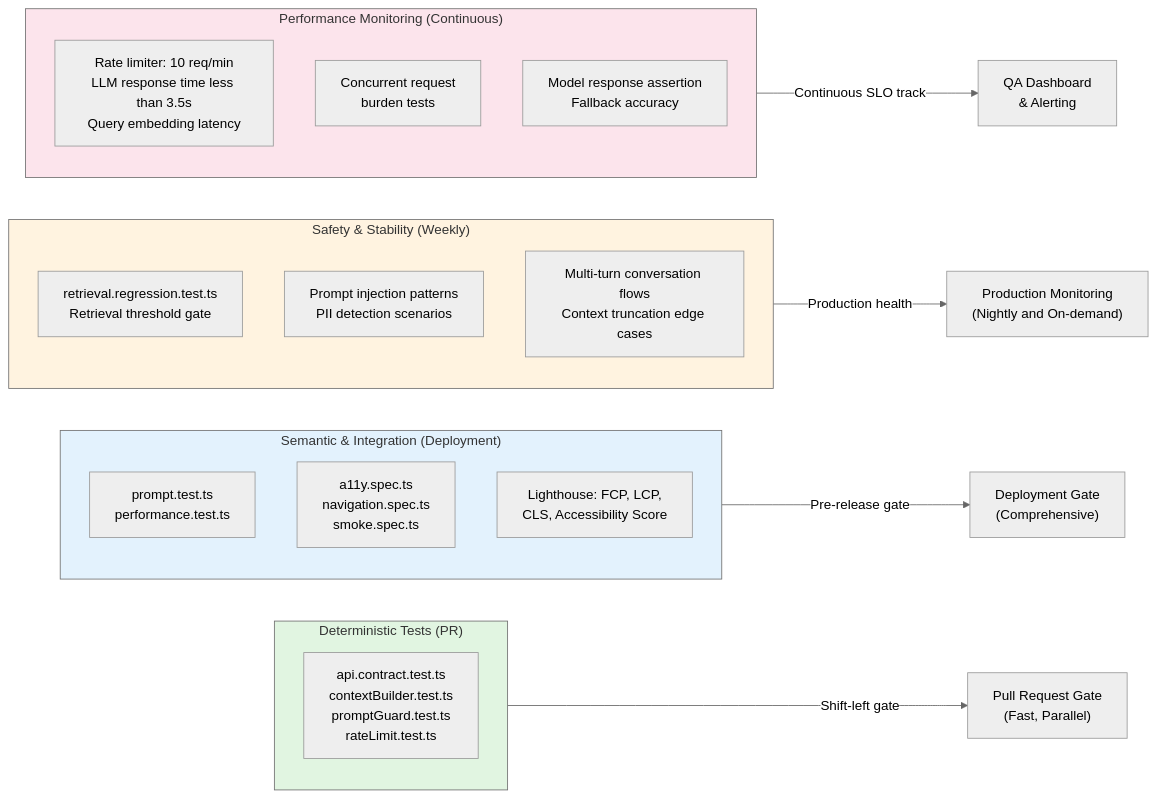
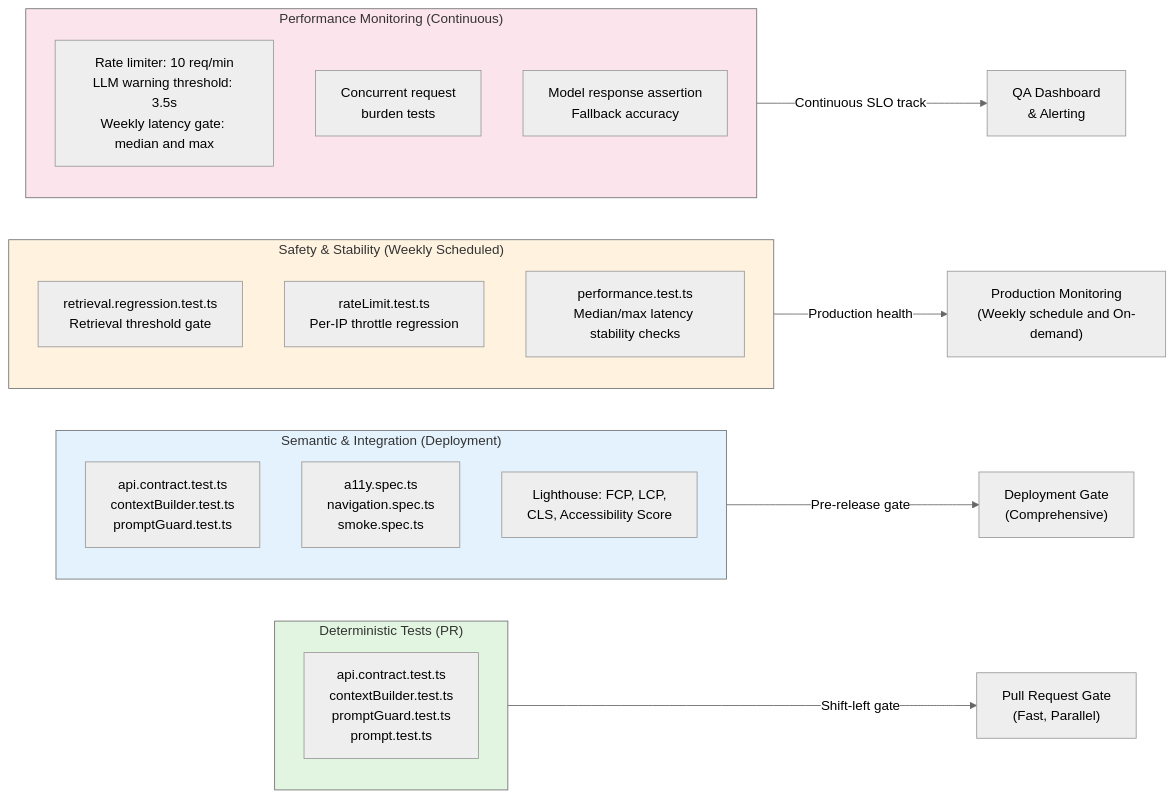
One commit to David101111101/PortfolioReactAppRepo changed the second of 2 diagrams in docs/qa-strategy-architecture.md. Above: the diagram before and after it, drawn with Mermaid (neutral theme). The commit also changed other lines of this file and 12 other files, not shown here.

````diff
--- a/docs/qa-strategy-architecture.md
+++ b/docs/qa-strategy-architecture.md
@@ -75,52 +73,53 @@
 ```mermaid
 flowchart LR
   subgraph Deterministic["Deterministic Tests (PR)"]
     UnitTests["api.contract.test.ts
 contextBuilder.test.ts
 promptGuard.test.ts
-rateLimit.test.ts"]
+prompt.test.ts"]
   end
 
   subgraph Semantic["Semantic & Integration (Deployment)"]
-    ContractTests["prompt.test.ts
-performance.test.ts"]
+  ContractTests["api.contract.test.ts
+contextBuilder.test.ts
+promptGuard.test.ts"]
     E2E["a11y.spec.ts
 navigation.spec.ts
 smoke.spec.ts"]
     Lighthouse["Lighthouse: FCP, LCP,
 CLS, Accessibility Score"]
   end
 
-  subgraph Safety["Safety & Stability (Weekly)"]
+  subgraph Safety["Safety & Stability (Weekly Scheduled)"]
     RAGTests["retrieval.regression.test.ts
 Retrieval threshold gate"]
-    InjectionTests["Prompt injection patterns
-PII detection scenarios"]
-    ConversationTests["Multi-turn conversation flows
-Context truncation edge cases"]
+  RateLimitTests["rateLimit.test.ts
+Per-IP throttle regression"]
+  PerfTests["performance.test.ts
+Median/max latency stability checks"]
   end
 
   subgraph Performance["Performance Monitoring (Continuous)"]
-    LatencyBudget["Rate limiter: 10 req/min
-LLM response time less than 3.5s
-Query embedding latency"]
+  LatencyBudget["Rate limiter: 10 req/min
+LLM warning threshold: 3.5s
+Weekly latency gate: median and max"]
     StressTests["Concurrent request
 burden tests"]
     LLMBehavior["Model response assertion
 Fallback accuracy"]
   end
 
   Deterministic -->|Shift-left gate| PRStage["Pull Request Gate
 (Fast, Parallel)"]
   Semantic -->|Pre-release gate| DeployStage["Deployment Gate
 (Comprehensive)"]
   Safety -->|Production health| ProdStage["Production Monitoring
-(Nightly and On-demand)"]
+(Weekly schedule and On-demand)"]
   Performance -->|Continuous SLO track| Observability["QA Dashboard
 & Alerting"]
 
   style Deterministic fill:#e1f5e1
   style Semantic fill:#e3f2fd
   style Safety fill:#fff3e0
   style Performance fill:#fce4ec
 ```
````
